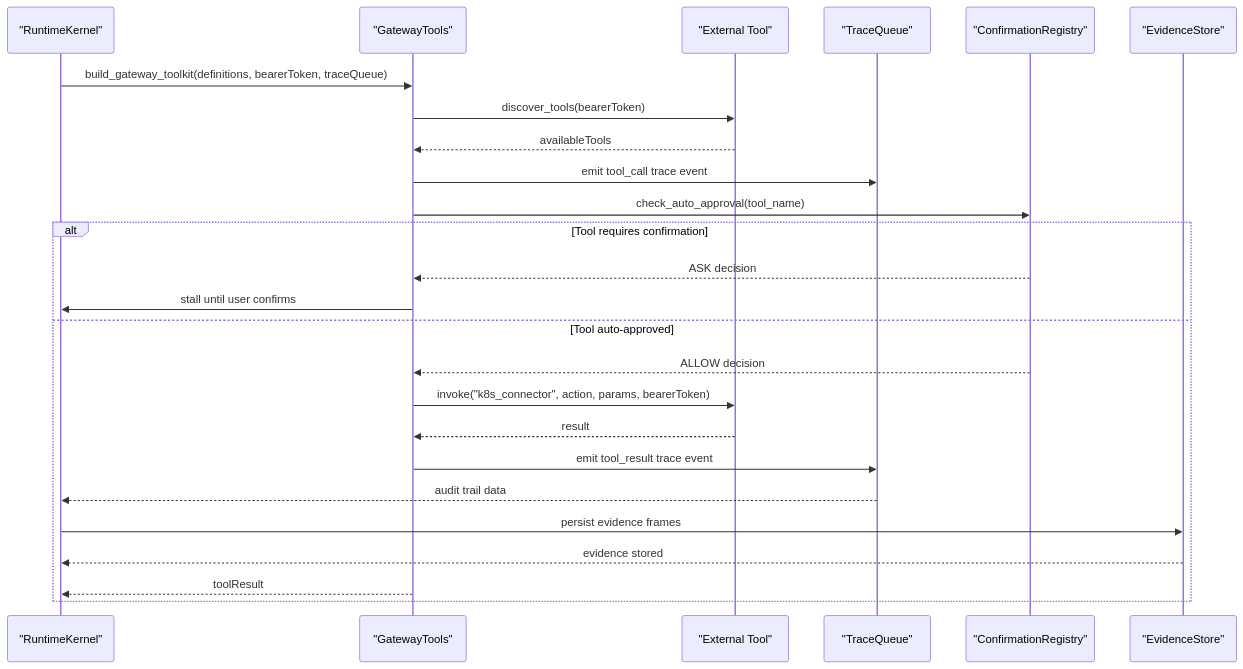
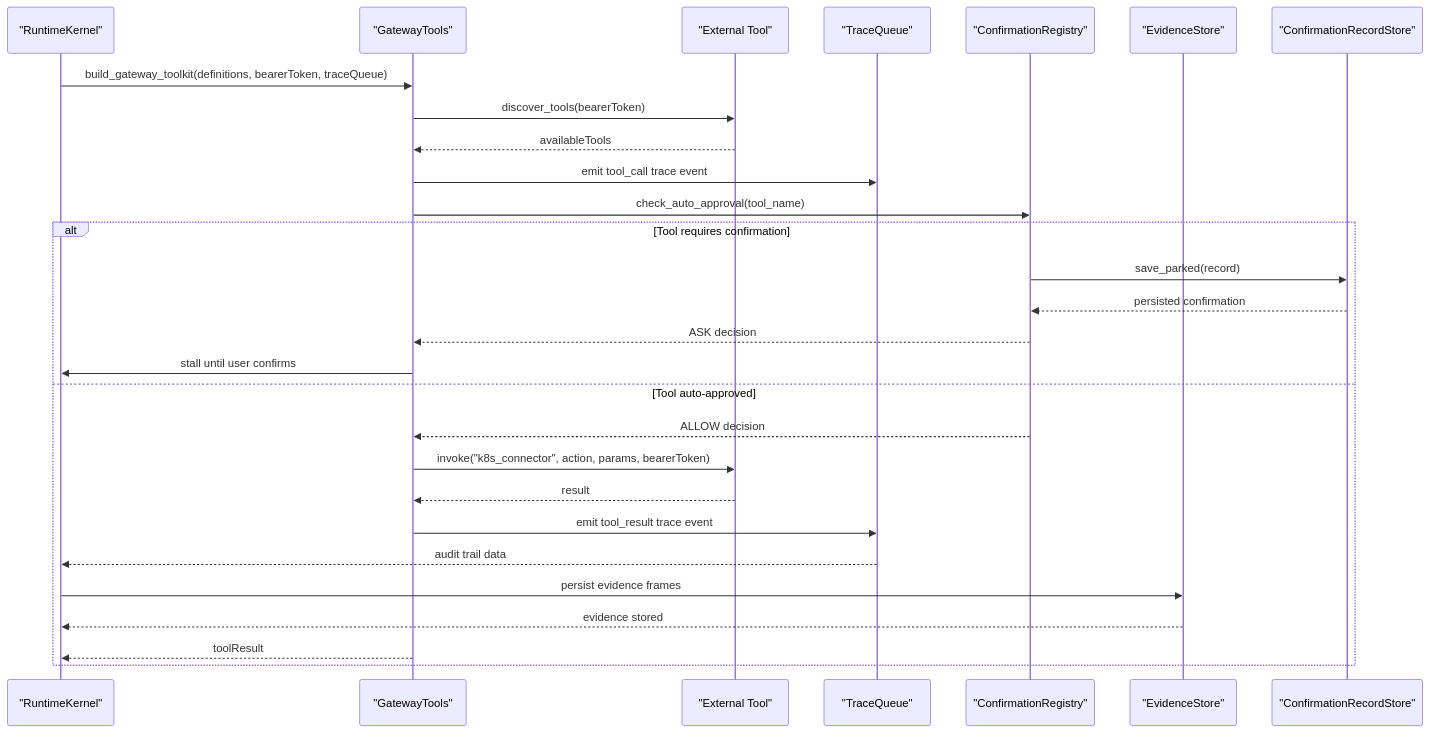
One commit to metasync/luban-aiops changed diagram 14 of 32 in .qoder/repowiki/en/content/Agent Platform Service/Agent Platform Service.md. Above: the diagram before and after it, drawn with Mermaid. The commit also changed other lines of this file and 6 other files, not shown here.

````diff
--- a/.qoder/repowiki/en/content/Agent Platform Service/Agent Platform Service.md
+++ b/.qoder/repowiki/en/content/Agent Platform Service/Agent Platform Service.md
@@ -837,27 +961,30 @@
 ```mermaid
 sequenceDiagram
 participant Kernel as "RuntimeKernel"
 participant GatewayTools as "GatewayTools"
 participant External as "External Tool"
 participant Trace as "TraceQueue"
 participant HITL as "ConfirmationRegistry"
 participant EvStore as "EvidenceStore"
+participant ConfirmStore as "ConfirmationRecordStore"
 Kernel->>GatewayTools : build_gateway_toolkit(definitions, bearerToken, traceQueue)
 GatewayTools->>External : discover_tools(bearerToken)
 External-->>GatewayTools : availableTools
 GatewayTools->>Trace : emit tool_call trace event
 GatewayTools->>HITL : check_auto_approval(tool_name)
 alt Tool requires confirmation
+HITL->>ConfirmStore : save_parked(record)
+ConfirmStore-->>HITL : persisted confirmation
 HITL-->>GatewayTools : ASK decision
 GatewayTools->>Kernel : stall until user confirms
 else Tool auto-approved
 HITL-->>GatewayTools : ALLOW decision
 GatewayTools->>External : invoke("k8s_connector", action, params, bearerToken)
 External-->>GatewayTools : result
 GatewayTools->>Trace : emit tool_result trace event
 Trace-->>Kernel : audit trail data
 Kernel->>EvStore : persist evidence frames
 EvStore-->>Kernel : evidence stored
 GatewayTools-->>Kernel : toolResult
 end
 ```
````
